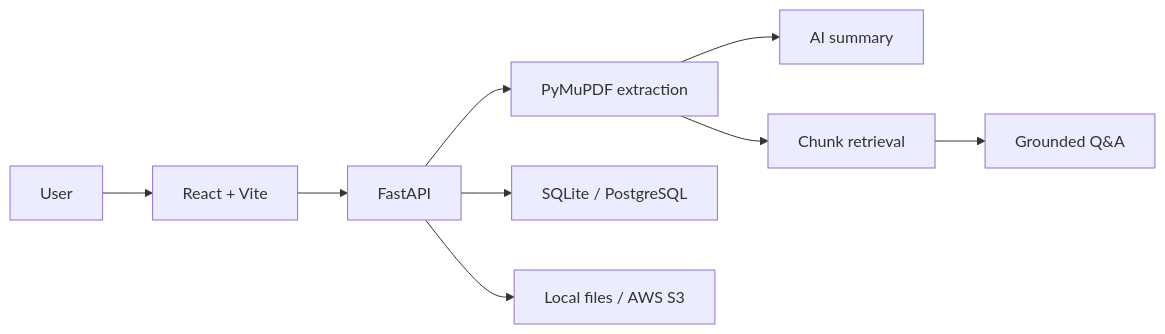
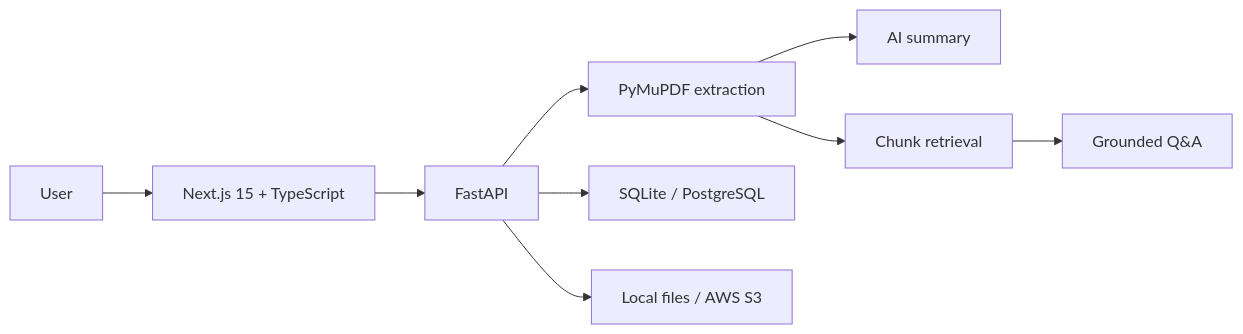
Before and after one commit to shivasaibatharaju-data/ai-health-vault: the diagram in architecture/system-flow.mmd, drawn with Mermaid. The commit also changed 69 other files, not shown here.

```diff
--- a/architecture/system-flow.mmd
+++ b/architecture/system-flow.mmd
@@ -1,9 +1,9 @@
 flowchart LR
-    USER["User"] --> FRONTEND["React + Vite"]
+    USER["User"] --> FRONTEND["Next.js 15 + TypeScript"]
     FRONTEND --> API["FastAPI"]
     API --> EXTRACT["PyMuPDF extraction"]
     EXTRACT --> SUMMARY["AI summary"]
     EXTRACT --> RETRIEVAL["Chunk retrieval"]
     RETRIEVAL --> QA["Grounded Q&A"]
     API --> DATABASE["SQLite / PostgreSQL"]
     API --> STORAGE["Local files / AWS S3"]
```
